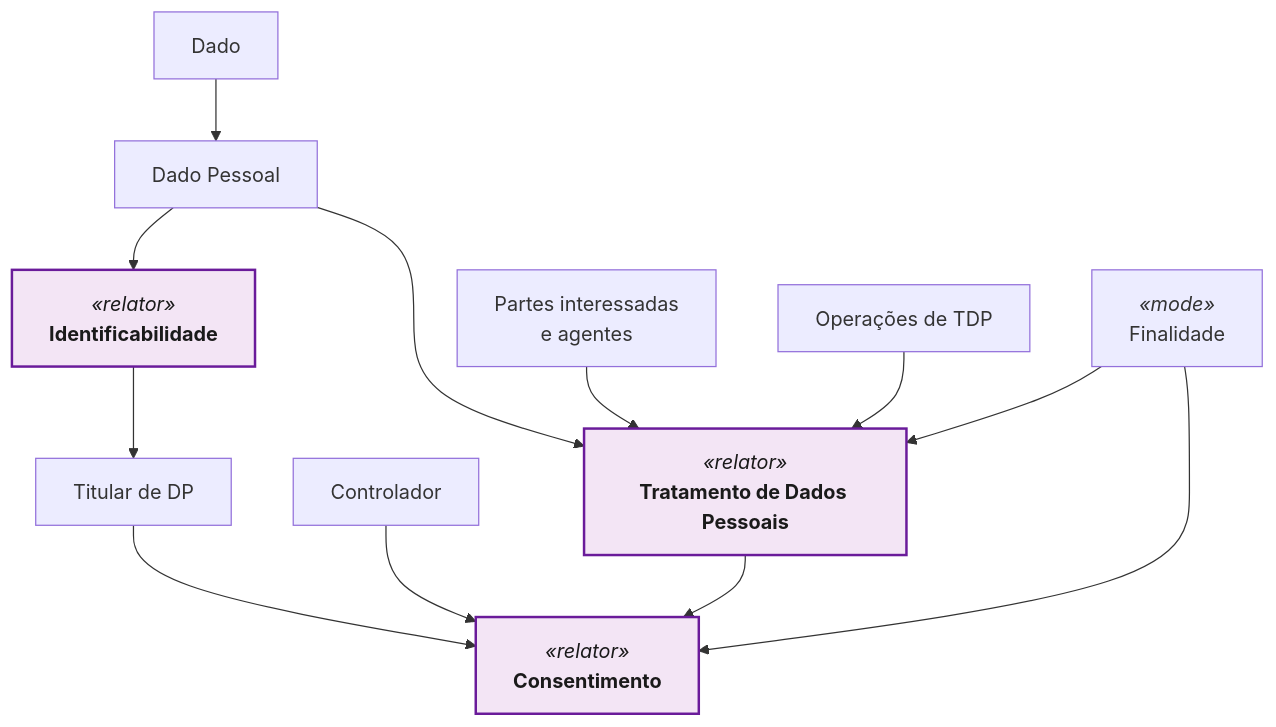
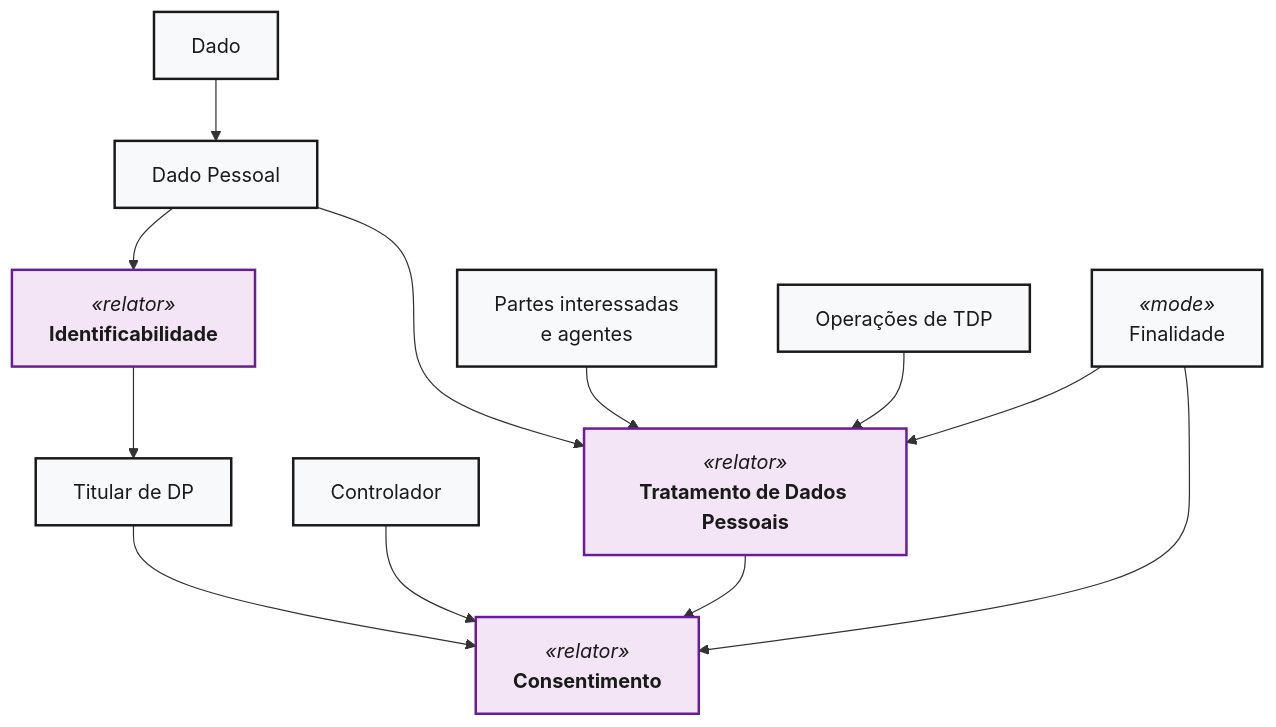
Before and after one commit to TNK443/Dissertacao: the first of 3 diagrams in ONTOPRIVACY/README.md, drawn with Mermaid. The commit also changed other lines of this file, not shown here.

````diff
--- a/ONTOPRIVACY/README.md
+++ b/ONTOPRIVACY/README.md
@@ -80,17 +78,18 @@
 ```mermaid
 flowchart
     %% Laranja: Agentes (Pessoas/Organizações)
     classDef relator fill:#F3E5F5,stroke:#6A1B9A,stroke-width:2px,color:#1A1A1A;
+    classDef geral   fill:#F8F9FA,stroke:#1A1A1A,stroke-width:2px,color:#1A1A1A;
 
-    D["Dado"] --> DP["Dado Pessoal"]
+    D["Dado"]:::geral --> DP["Dado Pessoal"]:::geral
     DP --> I["<i>«relator»</i>\n<b>Identificabilidade<b>"]:::relator
-    I --> T["Titular de DP"]
+    I --> T["Titular de DP"]:::geral
     DP --> TDP["<i>«relator»</i>\n<b>Tratamento de Dados Pessoais<b>"]:::relator
-    P["Partes interessadas\ne agentes"] --> TDP
-    O["Operações de TDP"] --> TDP
-    F["<i>«mode»</i>\nFinalidade"] --> TDP
+    P["Partes interessadas\ne agentes"]:::geral --> TDP
+    O["Operações de TDP"]:::geral --> TDP
+    F["<i>«mode»</i>\nFinalidade"]:::geral --> TDP
     T --> C["<i>«relator»</i>\n<b>Consentimento<b>"]:::relator
-    CTRL["Controlador"] --> C
+    CTRL["Controlador"]:::geral --> C
     TDP --> C
     F --> C
 ```
````
